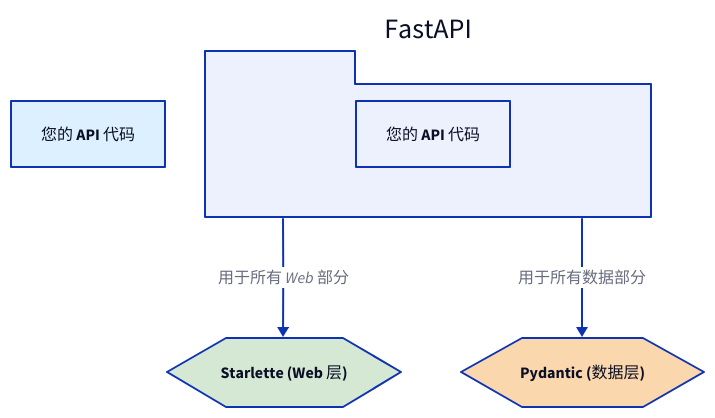
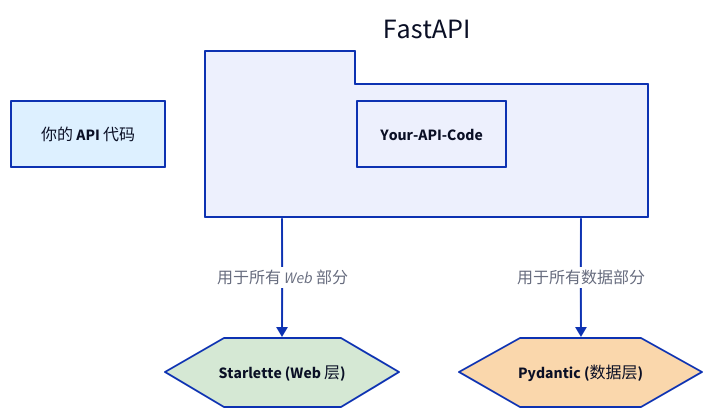
Before and after one commit to lban2049/fastapi: the diagram in .aigne/doc-smith/docs/overview.zh.md, drawn with D2. The commit also changed other lines of this file and 40 other files, not shown here.

````diff
--- a/.aigne/doc-smith/docs/overview.zh.md
+++ b/.aigne/doc-smith/docs/overview.zh.md
@@ -39,29 +39,30 @@
 ```d2
 direction: down
 
-"您的 API 代码": {
+"Your-API-Code": {
+  label: "你的 API 代码"
   shape: rectangle
   style.fill: "#DDF0FF"
 }
 
-"FastAPI": {
+FastAPI: {
   shape: package
-  "您的 API 代码"
+  "Your-API-Code"
 }
 
-"Starlette": {
+Starlette: {
   shape: hexagon
   label: "Starlette (Web 层)"
   style.fill: "#D5E8D4"
 }
 
-"Pydantic": {
+Pydantic: {
   shape: hexagon
   label: "Pydantic (数据层)"
   style.fill: "#FAD7AC"
 }
 
-"FastAPI" -> "Starlette": "用于所有 Web 部分"
-"FastAPI" -> "Pydantic": "用于所有数据部分"
+FastAPI -> Starlette: "用于所有 Web 部分"
+FastAPI -> Pydantic: "用于所有数据部分"
 
 ```
````
